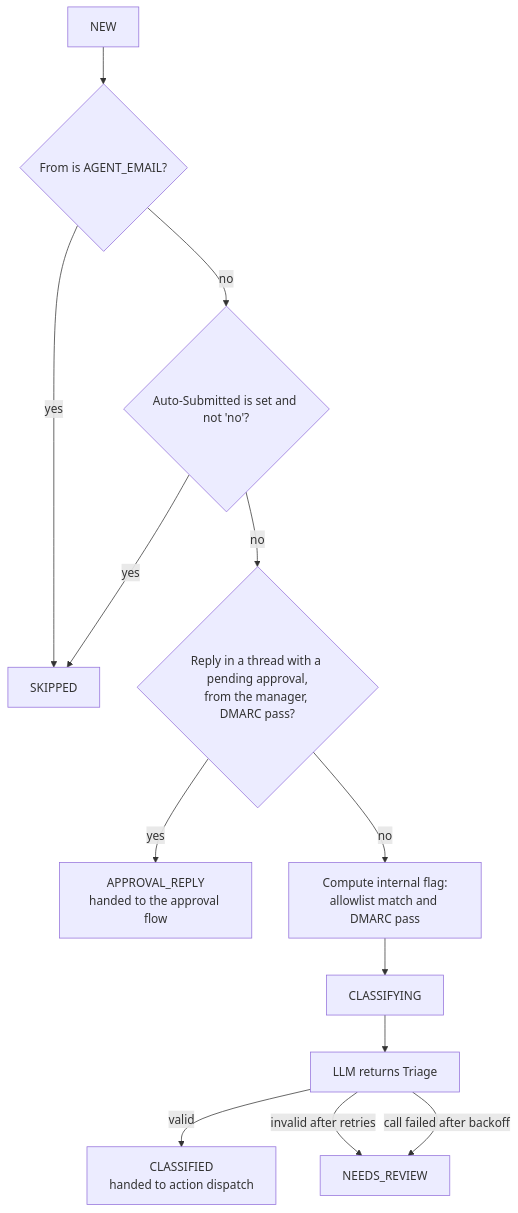
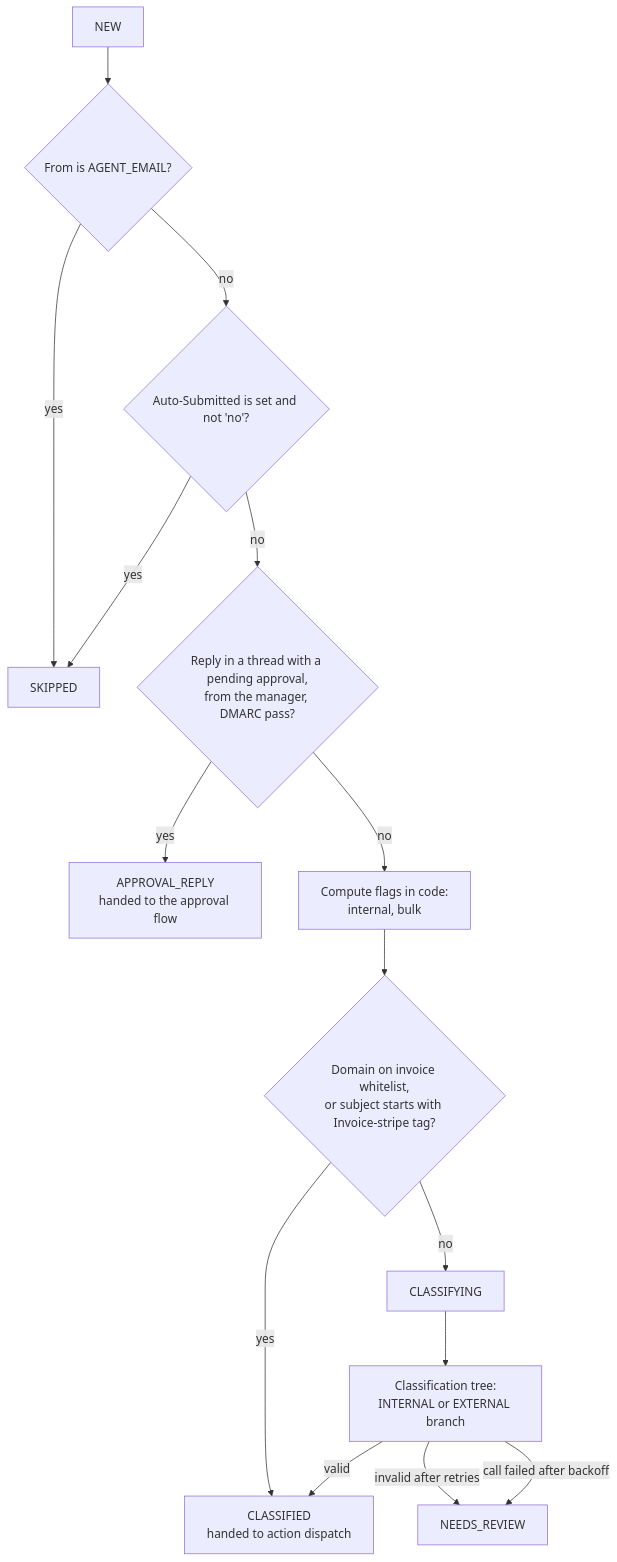
Before and after one commit to andreicaminschi/ai-email-assistant: the second of 3 diagrams in docs/retrieve-classify.md, drawn with Mermaid. The commit also changed other lines of this file, not shown here.

````diff
--- a/docs/retrieve-classify.md
+++ b/docs/retrieve-classify.md
@@ -51,15 +55,17 @@
 ```mermaid
 flowchart TD
     A[NEW] --> B{From is AGENT_EMAIL?}
     B -- yes --> S[SKIPPED]
     B -- no --> C{Auto-Submitted is set and not 'no'?}
     C -- yes --> S
     C -- no --> D{Reply in a thread with a pending approval,<br/>from the manager, DMARC pass?}
     D -- yes --> AP[APPROVAL_REPLY<br/>handed to the approval flow]
-    D -- no --> E[Compute internal flag:<br/>allowlist match and DMARC pass]
-    E --> F[CLASSIFYING]
-    F --> G[LLM returns Triage]
+    D -- no --> E[Compute flags in code:<br/>internal, bulk]
+    E --> FIN{Domain on invoice whitelist,<br/>or subject starts with Invoice-stripe tag?}
+    FIN -- yes --> H
+    FIN -- no --> F[CLASSIFYING]
+    F --> G[Classification tree:<br/>INTERNAL or EXTERNAL branch]
     G -- valid --> H[CLASSIFIED<br/>handed to action dispatch]
     G -- invalid after retries --> NR[NEEDS_REVIEW]
     G -- call failed after backoff --> NR
 ```
````
